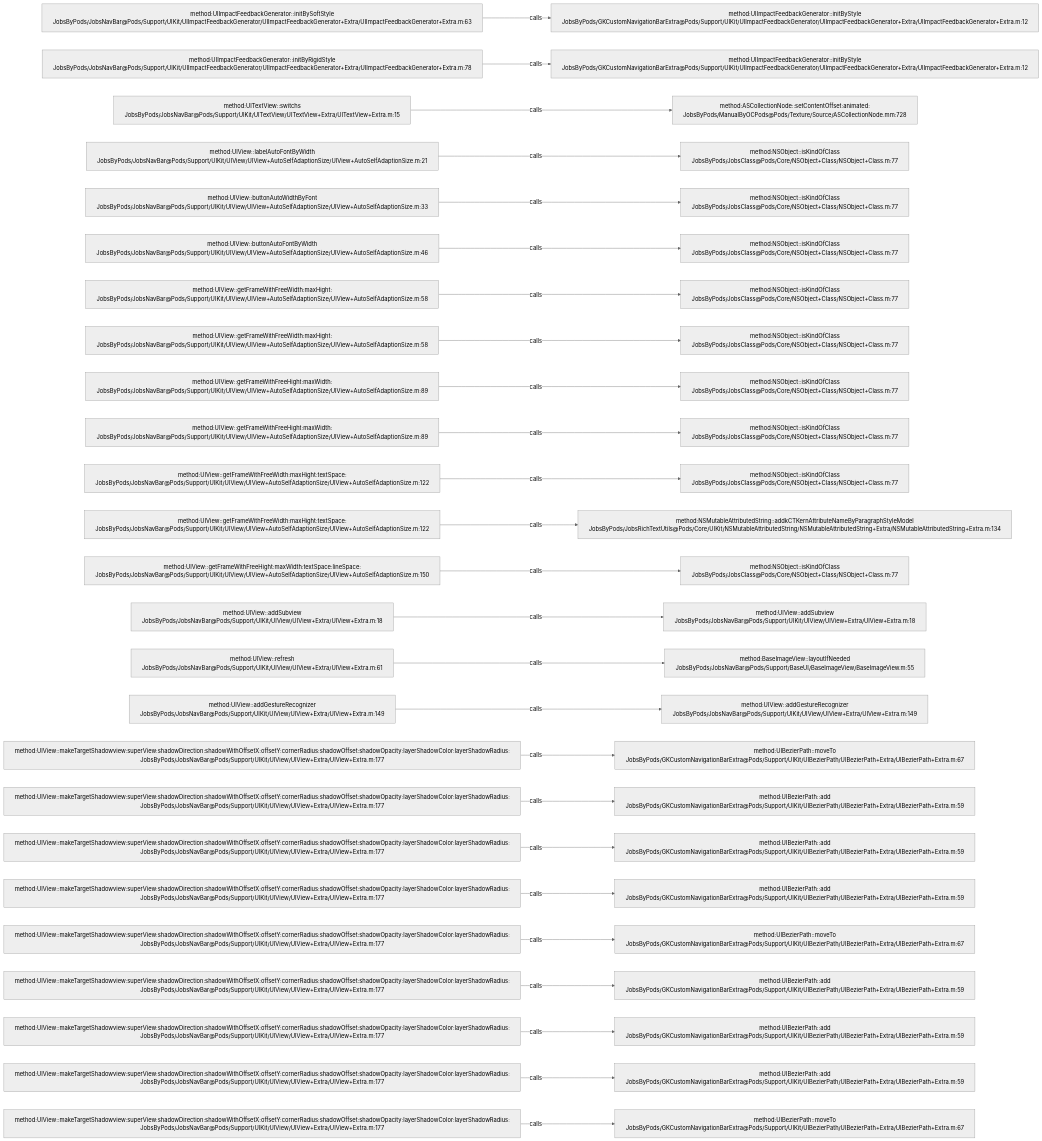
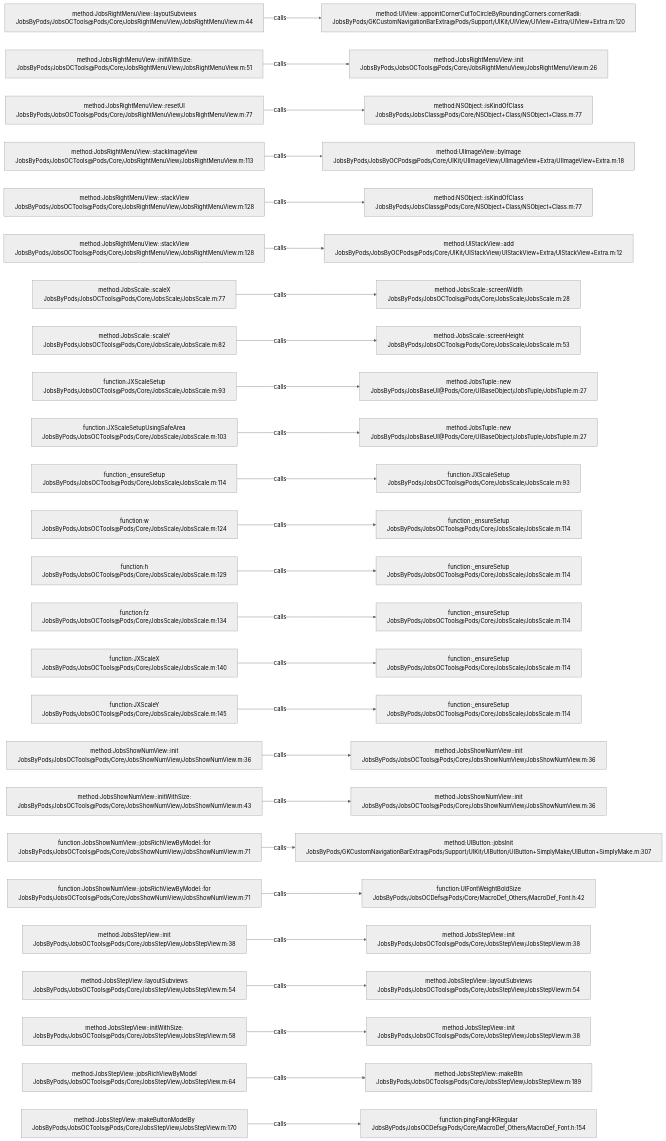
Before and after one commit to JobsKits/JobsOCBaseConfigDemo: the diagram in .codegraph/codegraph.md/graphs/calls-155.md, drawn with Mermaid (neutral theme). The commit also changed 1026 other files, not shown here.

````diff
--- a/.codegraph/codegraph.md/graphs/calls-155.md
+++ b/.codegraph/codegraph.md/graphs/calls-155.md
@@ -13,78 +13,78 @@
 ```mermaid
 flowchart LR
-  S1["method:UIImpactFeedbackGenerator::initBySoftStyle<br/>JobsByPods/JobsNavBar@Pods/Support/UIKit/UIImpactFeedbackGenerator/UIImpactFeedbackGenerator+Extra/UIImpactFeedbackGenerator+Extra.m:63"]
-  T1["method:UIImpactFeedbackGenerator::initByStyle<br/>JobsByPods/GKCustomNavigationBarExtra@Pods/Support/UIKit/UIImpactFeedbackGenerator/UIImpactFeedbackGenerator+Extra/UIImpactFeedbackGenerator+Extra.m:12"]
+  S1["method:JobsRightMenuView::layoutSubviews<br/>JobsByPods/JobsOCTools@Pods/Core/JobsRightMenuView/JobsRightMenuView.m:44"]
+  T1["method:UIView::appointCornerCutToCircleByRoundingCorners:cornerRadii:<br/>JobsByPods/GKCustomNavigationBarExtra@Pods/Support/UIKit/UIView/UIView+Extra/UIView+Extra.m:120"]
   S1 -->|calls| T1
-  S2["method:UIImpactFeedbackGenerator::initByRigidStyle<br/>JobsByPods/JobsNavBar@Pods/Support/UIKit/UIImpactFeedbackGenerator/UIImpactFeedbackGenerator+Extra/UIImpactFeedbackGenerator+Extra.m:78"]
-  T2["method:UIImpactFeedbackGenerator::initByStyle<br/>JobsByPods/GKCustomNavigationBarExtra@Pods/Support/UIKit/UIImpactFeedbackGenerator/UIImpactFeedbackGenerator+Extra/UIImpactFeedbackGenerator+Extra.m:12"]
+  S2["method:JobsRightMenuView::initWithSize:<br/>JobsByPods/JobsOCTools@Pods/Core/JobsRightMenuView/JobsRightMenuView.m:51"]
+  T2["method:JobsRightMenuView::init<br/>JobsByPods/JobsOCTools@Pods/Core/JobsRightMenuView/JobsRightMenuView.m:26"]
   S2 -->|calls| T2
-  S3["method:UITextView::switchs<br/>JobsByPods/JobsNavBar@Pods/Support/UIKit/UITextView/UITextView+Extra/UITextView+Extra.m:15"]
-  T3["method:ASCollectionNode::setContentOffset:animated:<br/>JobsByPods/ManualByOCPods@Pods/Texture/Source/ASCollectionNode.mm:728"]
+  S3["method:JobsRightMenuView::resetUI<br/>JobsByPods/JobsOCTools@Pods/Core/JobsRightMenuView/JobsRightMenuView.m:77"]
+  T3["method:NSObject::isKindOfClass<br/>JobsByPods/JobsClass@Pods/Core/NSObject+Class/NSObject+Class.m:77"]
   S3 -->|calls| T3
-  S4["method:UIView::labelAutoFontByWidth<br/>JobsByPods/JobsNavBar@Pods/Support/UIKit/UIView/UIView+AutoSelfAdaptionSize/UIView+AutoSelfAdaptionSize.m:21"]
-  T4["method:NSObject::isKindOfClass<br/>JobsByPods/JobsClass@Pods/Core/NSObject+Class/NSObject+Class.m:77"]
+  S4["method:JobsRightMenuView::stackImageView<br/>JobsByPods/JobsOCTools@Pods/Core/JobsRightMenuView/JobsRightMenuView.m:113"]
+  T4["method:UIImageView::byImage<br/>JobsByPods/JobsByOCPods@Pods/Core/UIKit/UIImageView/UIImageView+Extra/UIImageView+Extra.m:18"]
   S4 -->|calls| T4
-  S5["method:UIView::buttonAutoWidthByFont<br/>JobsByPods/JobsNavBar@Pods/Support/UIKit/UIView/UIView+AutoSelfAdaptionSize/UIView+AutoSelfAdaptionSize.m:33"]
+  S5["method:JobsRightMenuView::stackView<br/>JobsByPods/JobsOCTools@Pods/Core/JobsRightMenuView/JobsRightMenuView.m:128"]
   T5["method:NSObject::isKindOfClass<br/>JobsByPods/JobsClass@Pods/Core/NSObject+Class/NSObject+Class.m:77"]
   S5 -->|calls| T5
-  S6["method:UIView::buttonAutoFontByWidth<br/>JobsByPods/JobsNavBar@Pods/Support/UIKit/UIView/UIView+AutoSelfAdaptionSize/UIView+AutoSelfAdaptionSize.m:46"]
-  T6["method:NSObject::isKindOfClass<br/>JobsByPods/JobsClass@Pods/Core/NSObject+Class/NSObject+Class.m:77"]
+  S6["method:JobsRightMenuView::stackView<br/>JobsByPods/JobsOCTools@Pods/Core/JobsRightMenuView/JobsRightMenuView.m:128"]
+  T6["method:UIStackView::add<br/>JobsByPods/JobsByOCPods@Pods/Core/UIKit/UIStackView/UIStackView+Extra/UIStackView+Extra.m:12"]
   S6 -->|calls| T6
-  S7["method:UIView::getFrameWithFreeWidth:maxHight:<br/>JobsByPods/JobsNavBar@Pods/Support/UIKit/UIView/UIView+AutoSelfAdaptionSize/UIView+AutoSelfAdaptionSize.m:58"]
-  T7["method:NSObject::isKindOfClass<br/>JobsByPods/JobsClass@Pods/Core/NSObject+Class/NSObject+Class.m:77"]
+  S7["method:JobsScale::scaleX<br/>JobsByPods/JobsOCTools@Pods/Core/JobsScale/JobsScale.m:77"]
+  T7["method:JobsScale::screenWidth<br/>JobsByPods/JobsOCTools@Pods/Core/JobsScale/JobsScale.m:28"]
   S7 -->|calls| T7
-  S8["method:UIView::getFrameWithFreeWidth:maxHight:<br/>JobsByPods/JobsNavBar@Pods/Support/UIKit/UIView/UIView+AutoSelfAdaptionSize/UIView+AutoSelfAdaptionSize.m:58"]
-  T8["method:NSObject::isKindOfClass<br/>JobsByPods/JobsClass@Pods/Core/NSObject+Class/NSObject+Class.m:77"]
+  S8["method:JobsScale::scaleY<br/>JobsByPods/JobsOCTools@Pods/Core/JobsScale/JobsScale.m:82"]
+  T8["method:JobsScale::screenHeight<br/>JobsByPods/JobsOCTools@Pods/Core/JobsScale/JobsScale.m:53"]
   S8 -->|calls| T8
-  S9["method:UIView::getFrameWithFreeHight:maxWidth:<br/>JobsByPods/JobsNavBar@Pods/Support/UIKit/UIView/UIView+AutoSelfAdaptionSize/UIView+AutoSelfAdaptionSize.m:89"]
-  T9["method:NSObject::isKindOfClass<br/>JobsByPods/JobsClass@Pods/Core/NSObject+Class/NSObject+Class.m:77"]
+  S9["function:JXScaleSetup<br/>JobsByPods/JobsOCTools@Pods/Core/JobsScale/JobsScale.m:93"]
+  T9["method:JobsTuple::new<br/>JobsByPods/JobsBaseUI@Pods/Core/UIBaseObject/JobsTuple/JobsTuple.m:27"]
   S9 -->|calls| T9
-  S10["method:UIView::getFrameWithFreeHight:maxWidth:<br/>JobsByPods/JobsNavBar@Pods/Support/UIKit/UIView/UIView+AutoSelfAdaptionSize/UIView+AutoSelfAdaptionSize.m:89"]
-  T10["method:NSObject::isKindOfClass<br/>JobsByPods/JobsClass@Pods/Core/NSObject+Class/NSObject+Class.m:77"]
+  S10["function:JXScaleSetupUsingSafeArea<br/>JobsByPods/JobsOCTools@Pods/Core/JobsScale/JobsScale.m:103"]
+  T10["method:JobsTuple::new<br/>JobsByPods/JobsBaseUI@Pods/Core/UIBaseObject/JobsTuple/JobsTuple.m:27"]
   S10 -->|calls| T10
-  S11["method:UIView::getFrameWithFreeWidth:maxHight:textSpace:<br/>JobsByPods/JobsNavBar@Pods/Support/UIKit/UIView/UIView+AutoSelfAdaptionSize/UIView+AutoSelfAdaptionSize.m:122"]
-  T11["method:NSObject::isKindOfClass<br/>JobsByPods/JobsClass@Pods/Core/NSObject+Class/NSObject+Class.m:77"]
+  S11["function:_ensureSetup<br/>JobsByPods/JobsOCTools@Pods/Core/JobsScale/JobsScale.m:114"]
+  T11["function:JXScaleSetup<br/>JobsByPods/JobsOCTools@Pods/Core/JobsScale/JobsScale.m:93"]
   S11 -->|calls| T11
-  S12["method:UIView::getFrameWithFreeWidth:maxHight:textSpace:<br/>JobsByPods/JobsNavBar@Pods/Support/UIKit/UIView/UIView+AutoSelfAdaptionSize/UIView+AutoSelfAdaptionSize.m:122"]
-  T12["method:NSMutableAttributedString::addkCTKernAttributeNameByParagraphStyleModel<br/>JobsByPods/JobsRichTextUtils@Pods/Core/UIKit/NSMutableAttributedString/NSMutableAttributedString+Extra/NSMutableAttributedString+Extra.m:134"]
+  S12["function:w<br/>JobsByPods/JobsOCTools@Pods/Core/JobsScale/JobsScale.m:124"]
+  T12["function:_ensureSetup<br/>JobsByPods/JobsOCTools@Pods/Core/JobsScale/JobsScale.m:114"]
   S12 -->|calls| T12
-  S13["method:UIView::getFrameWithFreeHight:maxWidth:textSpace:lineSpace:<br/>JobsByPods/JobsNavBar@Pods/Support/UIKit/UIView/UIView+AutoSelfAdaptionSize/UIView+AutoSelfAdaptionSize.m:150"]
-  T13["method:NSObject::isKindOfClass<br/>JobsByPods/JobsClass@Pods/Core/NSObject+Class/NSObject+Class.m:77"]
+  S13["function:h<br/>JobsByPods/JobsOCTools@Pods/Core/JobsScale/JobsScale.m:129"]
+  T13["function:_ensureSetup<br/>JobsByPods/JobsOCTools@Pods/Core/JobsScale/JobsScale.m:114"]
   S13 -->|calls| T13
-  S14["method:UIView::addSubview<br/>JobsByPods/JobsNavBar@Pods/Support/UIKit/UIView/UIView+Extra/UIView+Extra.m:18"]
-  T14["method:UIView::addSubview<br/>JobsByPods/JobsNavBar@Pods/Support/UIKit/UIView/UIView+Extra/UIView+Extra.m:18"]
+  S14["function:fz<br/>JobsByPods/JobsOCTools@Pods/Core/JobsScale/JobsScale.m:134"]
+  T14["function:_ensureSetup<br/>JobsByPods/JobsOCTools@Pods/Core/JobsScale/JobsScale.m:114"]
   S14 -->|calls| T14
-  S15["method:UIView::refresh<br/>JobsByPods/JobsNavBar@Pods/Support/UIKit/UIView/UIView+Extra/UIView+Extra.m:61"]
-  T15["method:BaseImageView::layoutIfNeeded<br/>JobsByPods/JobsNavBar@Pods/Support/BaseUI/BaseImageView/BaseImageView.m:55"]
+  S15["function:JXScaleX<br/>JobsByPods/JobsOCTools@Pods/Core/JobsScale/JobsScale.m:140"]
+  T15["function:_ensureSetup<br/>JobsByPods/JobsOCTools@Pods/Core/JobsScale/JobsScale.m:114"]
   S15 -->|calls| T15
-  S16["method:UIView::addGestureRecognizer<br/>JobsByPods/JobsNavBar@Pods/Support/UIKit/UIView/UIView+Extra/UIView+Extra.m:149"]
-  T16["method:UIView::addGestureRecognizer<br/>JobsByPods/JobsNavBar@Pods/Support/UIKit/UIView/UIView+Extra/UIView+Extra.m:149"]
+  S16["function:JXScaleY<br/>JobsByPods/JobsOCTools@Pods/Core/JobsScale/JobsScale.m:145"]
+  T16["function:_ensureSetup<br/>JobsByPods/JobsOCTools@Pods/Core/JobsScale/JobsScale.m:114"]
   S16 -->|calls| T16
-  S17["method:UIView::makeTargetShadowview:superView:shadowDirection:shadowWithOffsetX:offsetY:cornerRadius:shadowOffset:shadowOpacity:layerShadowColor:layerShadowRadius:<br/>JobsByPods/JobsNavBar@Pods/Support/UIKit/UIView/UIView+Extra/UIView+Extra.m:177"]
-  T17["method:UIBezierPath::moveTo<br/>JobsByPods/GKCustomNavigationBarExtra@Pods/Support/UIKit/UIBezierPath/UIBezierPath+Extra/UIBezierPath+Extra.m:67"]
+  S17["method:JobsShowNumView::init<br/>JobsByPods/JobsOCTools@Pods/Core/JobsShowNumView/JobsShowNumView.m:36"]
+  T17["method:JobsShowNumView::init<br/>JobsByPods/JobsOCTools@Pods/Core/JobsShowNumView/JobsShowNumView.m:36"]
   S17 -->|calls| T17
-  S18["method:UIView::makeTargetShadowview:superView:shadowDirection:shadowWithOffsetX:offsetY:cornerRadius:shadowOffset:shadowOpacity:layerShadowColor:layerShadowRadius:<br/>JobsByPods/JobsNavBar@Pods/Support/UIKit/UIView/UIView+Extra/UIView+Extra.m:177"]
-  T18["method:UIBezierPath::add<br/>JobsByPods/GKCustomNavigationBarExtra@Pods/Support/UIKit/UIBezierPath/UIBezierPath+Extra/UIBezierPath+Extra.m:59"]
+  S18["method:JobsShowNumView::initWithSize:<br/>JobsByPods/JobsOCTools@Pods/Core/JobsShowNumView/JobsShowNumView.m:43"]
+  T18["method:JobsShowNumView::init<br/>JobsByPods/JobsOCTools@Pods/Core/JobsShowNumView/JobsShowNumView.m:36"]
   S18 -->|calls| T18
-  S19["method:UIView::makeTargetShadowview:superView:shadowDirection:shadowWithOffsetX:offsetY:cornerRadius:shadowOffset:shadowOpacity:layerShadowColor:layerShadowRadius:<br/>JobsByPods/JobsNavBar@Pods/Support/UIKit/UIView/UIView+Extra/UIView+Extra.m:177"]
-  T19["method:UIBezierPath::add<br/>JobsByPods/GKCustomNavigationBarExtra@Pods/Support/UIKit/UIBezierPath/UIBezierPath+Extra/UIBezierPath+Extra.m:59"]
+  S19["function:JobsShowNumView::jobsRichViewByModel::for<br/>JobsByPods/JobsOCTools@Pods/Core/JobsShowNumView/JobsShowNumView.m:71"]
+  T19["method:UIButton::jobsInit<br/>JobsByPods/GKCustomNavigationBarExtra@Pods/Support/UIKit/UIButton/UIButton+SimplyMake/UIButton+SimplyMake.m:307"]
   S19 -->|calls| T19
-  S20["method:UIView::makeTargetShadowview:superView:shadowDirection:shadowWithOffsetX:offsetY:cornerRadius:shadowOffset:shadowOpacity:layerShadowColor:layerShadowRadius:<br/>JobsByPods/JobsNavBar@Pods/Support/UIKit/UIView/UIView+Extra/UIView+Extra.m:177"]
-  T20["method:UIBezierPath::add<br/>JobsByPods/GKCustomNavigationBarExtra@Pods/Support/UIKit/UIBezierPath/UIBezierPath+Extra/UIBezierPath+Extra.m:59"]
+  S20["function:JobsShowNumView::jobsRichViewByModel::for<br/>JobsByPods/JobsOCTools@Pods/Core/JobsShowNumView/JobsShowNumView.m:71"]
+  T20["function:UIFontWeightBoldSize<br/>JobsByPods/JobsOCDefs@Pods/Core/MacroDef_Others/MacroDef_Font.h:42"]
   S20 -->|calls| T20
-  S21["method:UIView::makeTargetShadowview:superView:shadowDirection:shadowWithOffsetX:offsetY:cornerRadius:shadowOffset:shadowOpacity:layerShadowColor:layerShadowRadius:<br/>JobsByPods/JobsNavBar@Pods/Support/UIKit/UIView/UIView+Extra/UIView+Extra.m:177"]
-  T21["method:UIBezierPath::moveTo<br/>JobsByPods/GKCustomNavigationBarExtra@Pods/Support/UIKit/UIBezierPath/UIBezierPath+Extra/UIBezierPath+Extra.m:67"]
+  S21["method:JobsStepView::init<br/>JobsByPods/JobsOCTools@Pods/Core/JobsStepView/JobsStepView.m:38"]
+  T21["method:JobsStepView::init<br/>JobsByPods/JobsOCTools@Pods/Core/JobsStepView/JobsStepView.m:38"]
   S21 -->|calls| T21
-  S22["method:UIView::makeTargetShadowview:superView:shadowDirection:shadowWithOffsetX:offsetY:cornerRadius:shadowOffset:shadowOpacity:layerShadowColor:layerShadowRadius:<br/>JobsByPods/JobsNavBar@Pods/Support/UIKit/UIView/UIView+Extra/UIView+Extra.m:177"]
-  T22["method:UIBezierPath::add<br/>JobsByPods/GKCustomNavigationBarExtra@Pods/Support/UIKit/UIBezierPath/UIBezierPath+Extra/UIBezierPath+Extra.m:59"]
+  S22["method:JobsStepView::layoutSubviews<br/>JobsByPods/JobsOCTools@Pods/Core/JobsStepView/JobsStepView.m:54"]
+  T22["method:JobsStepView::layoutSubviews<br/>JobsByPods/JobsOCTools@Pods/Core/JobsStepView/JobsStepView.m:54"]
   S22 -->|calls| T22
-  S23["method:UIView::makeTargetShadowview:superView:shadowDirection:shadowWithOffsetX:offsetY:cornerRadius:shadowOffset:shadowOpacity:layerShadowColor:layerShadowRadius:<br/>JobsByPods/JobsNavBar@Pods/Support/UIKit/UIView/UIView+Extra/UIView+Extra.m:177"]
-  T23["method:UIBezierPath::add<br/>JobsByPods/GKCustomNavigationBarExtra@Pods/Support/UIKit/UIBezierPath/UIBezierPath+Extra/UIBezierPath+Extra.m:59"]
+  S23["method:JobsStepView::initWithSize:<br/>JobsByPods/JobsOCTools@Pods/Core/JobsStepView/JobsStepView.m:58"]
+  T23["method:JobsStepView::init<br/>JobsByPods/JobsOCTools@Pods/Core/JobsStepView/JobsStepView.m:38"]
   S23 -->|calls| T23
-  S24["method:UIView::makeTargetShadowview:superView:shadowDirection:shadowWithOffsetX:offsetY:cornerRadius:shadowOffset:shadowOpacity:layerShadowColor:layerShadowRadius:<br/>JobsByPods/JobsNavBar@Pods/Support/UIKit/UIView/UIView+Extra/UIView+Extra.m:177"]
-  T24["method:UIBezierPath::add<br/>JobsByPods/GKCustomNavigationBarExtra@Pods/Support/UIKit/UIBezierPath/UIBezierPath+Extra/UIBezierPath+Extra.m:59"]
+  S24["method:JobsStepView::jobsRichViewByModel<br/>JobsByPods/JobsOCTools@Pods/Core/JobsStepView/JobsStepView.m:64"]
+  T24["method:JobsStepView::makeBtn<br/>JobsByPods/JobsOCTools@Pods/Core/JobsStepView/JobsStepView.m:189"]
   S24 -->|calls| T24
-  S25["method:UIView::makeTargetShadowview:superView:shadowDirection:shadowWithOffsetX:offsetY:cornerRadius:shadowOffset:shadowOpacity:layerShadowColor:layerShadowRadius:<br/>JobsByPods/JobsNavBar@Pods/Support/UIKit/UIView/UIView+Extra/UIView+Extra.m:177"]
-  T25["method:UIBezierPath::moveTo<br/>JobsByPods/GKCustomNavigationBarExtra@Pods/Support/UIKit/UIBezierPath/UIBezierPath+Extra/UIBezierPath+Extra.m:67"]
+  S25["method:JobsStepView::makeButtonModelBy<br/>JobsByPods/JobsOCTools@Pods/Core/JobsStepView/JobsStepView.m:170"]
+  T25["function:pingFangHKRegular<br/>JobsByPods/JobsOCDefs@Pods/Core/MacroDef_Others/MacroDef_Font.h:154"]
   S25 -->|calls| T25
 ```
````
